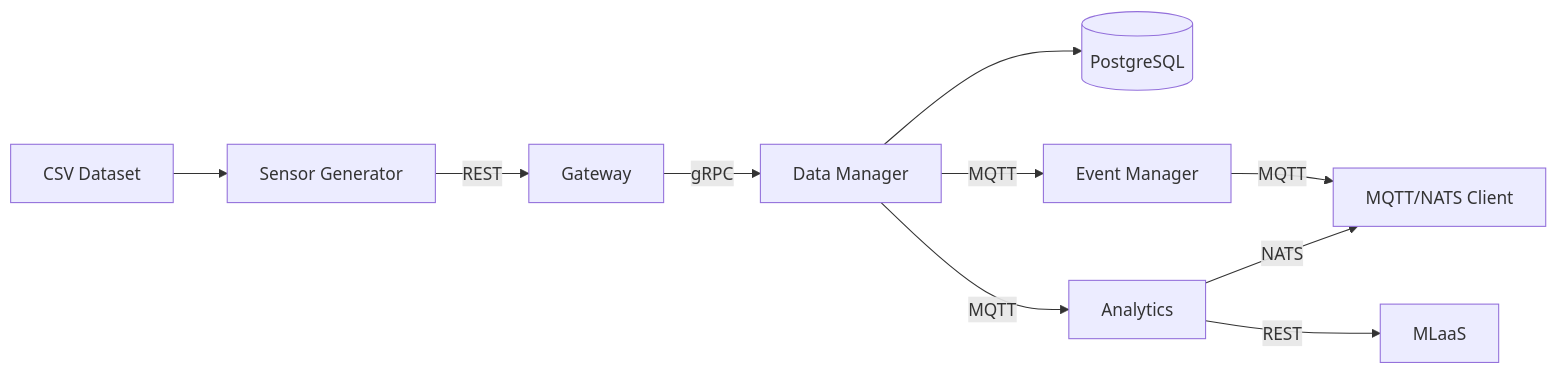
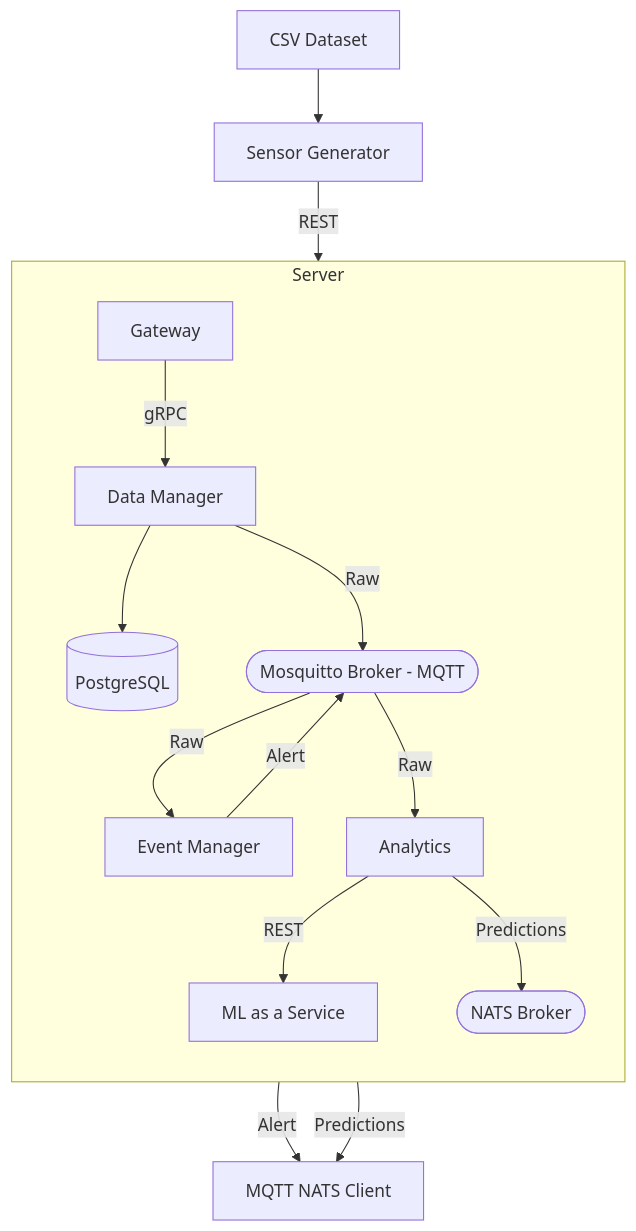
The diagram in README.md (aleksa1205/iots-prod), drawn with Mermaid before and after one commit. The commit also changed other lines of this file, not shown here.

````diff
--- a/README.md
+++ b/README.md
@@ -7,12 +7,34 @@
 ```mermaid
-graph LR
-    CSV[CSV Dataset] --> SG[Sensor Generator]
-    SG -->|REST| GW[Gateway]
-    GW -->|gRPC| DM[Data Manager]
-    DM --> DB[(PostgreSQL)]
-    DM -->|MQTT| EM[Event Manager]
-    EM -->|MQTT| MQT[MQTT/NATS Client]
-    DM -->|MQTT| AN[Analytics]
-    AN -->|REST| ML[MLaaS]
-    AN -->|NATS| MQT
+graph TB
+
+    subgraph SERVER[Server]
+      direction TB
+
+      GW[Gateway]
+      DM[Data Manager]
+      DB[(PostgreSQL)]
+      MQTTBR([Mosquitto Broker - MQTT])
+      EM[Event Manager]
+      AN[Analytics]
+      MLAAS[ML as a Service]
+      NATSBR([NATS Broker])
+
+      GW -->|gRPC| DM
+      DM --> DB
+      DM -->|Raw| MQTTBR
+      MQTTBR -->|Raw| EM
+      EM --> |Alert| MQTTBR
+      MQTTBR -->|Raw| AN
+      AN -->|REST| MLAAS
+      AN -->|Predictions| NATSBR
+    end
+
+    CLIENT[MQTT NATS Client]
+    SG[Sensor Generator]
+    CSV[CSV Dataset]
+
+    MQTTBR -->|Alert| CLIENT
+    SG -->|REST| GW
+    CSV --> SG
+    NATSBR --> |Predictions| CLIENT
 ```
````
